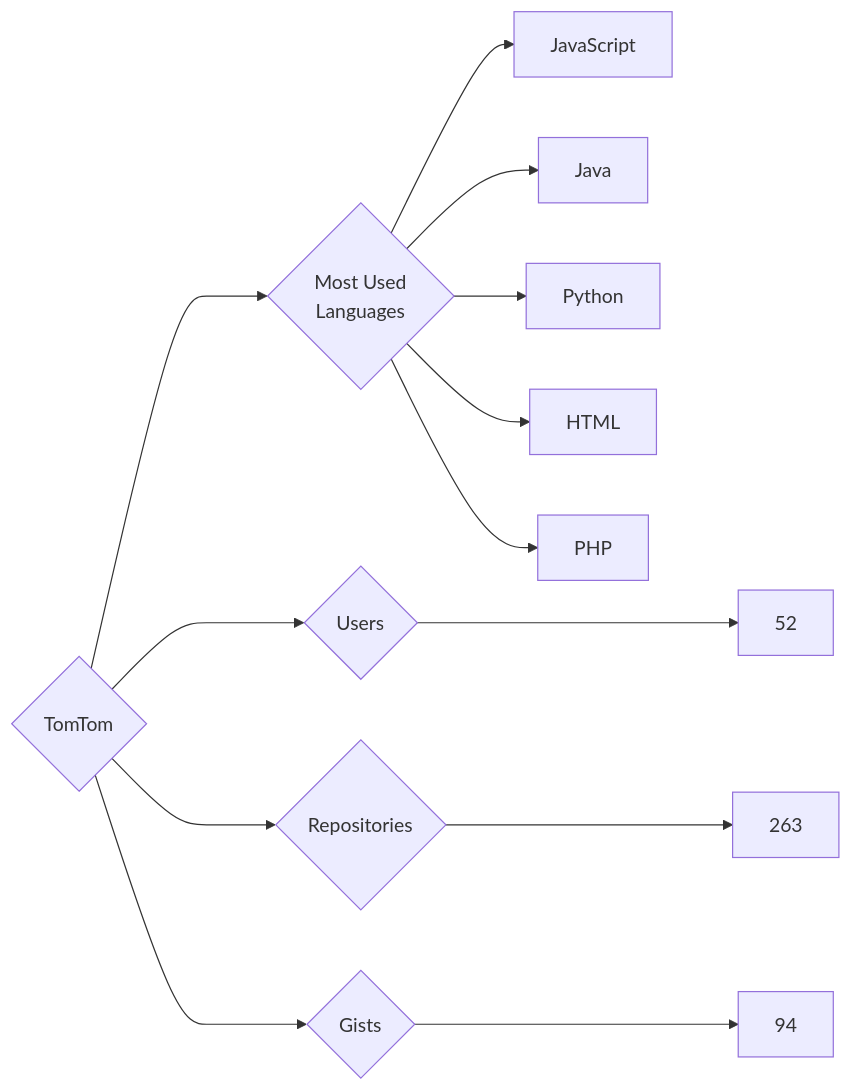
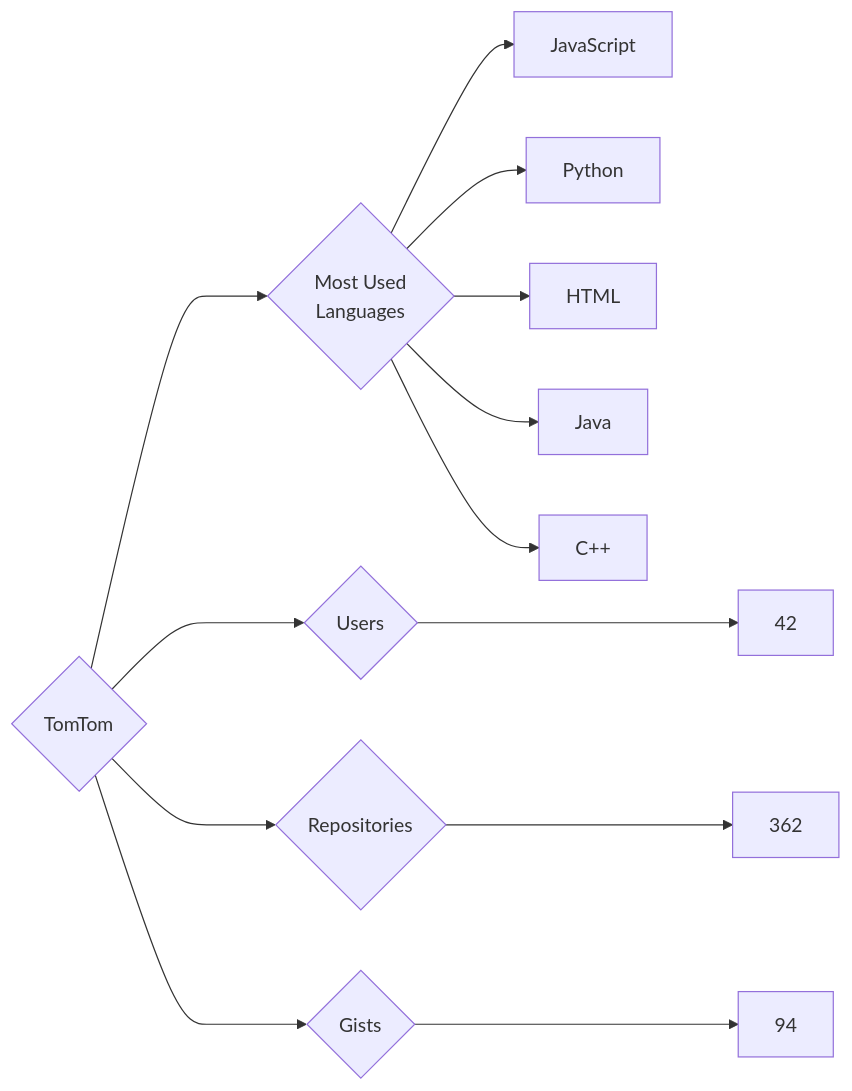
The diagram in targets/TomTom/README.md (trickest/insiders), drawn with Mermaid before and after one commit. The commit also changed 895 other files, not shown here.

````diff
--- a/targets/TomTom/README.md
+++ b/targets/TomTom/README.md
@@ -3,13 +3,13 @@
 ```mermaid
 graph LR
 COMPANY_NAME{TomTom}
-COMPANY_NAME ---> U{Users} ---> UN[52]
-COMPANY_NAME ---> R{Repositories} ---> RN[263]
+COMPANY_NAME ---> U{Users} ---> UN[42]
+COMPANY_NAME ---> R{Repositories} ---> RN[362]
 COMPANY_NAME ---> G{Gists} ---> GN[94]
 COMPANY_NAME ---> ML{Most Used<br>Languages}
 ML --> JavaScript[JavaScript]
-ML --> Java[Java]
 ML --> Python[Python]
 ML --> HTML[HTML]
-ML --> PHP[PHP]
+ML --> Java[Java]
+ML --> C++[C++]
 ```
````
